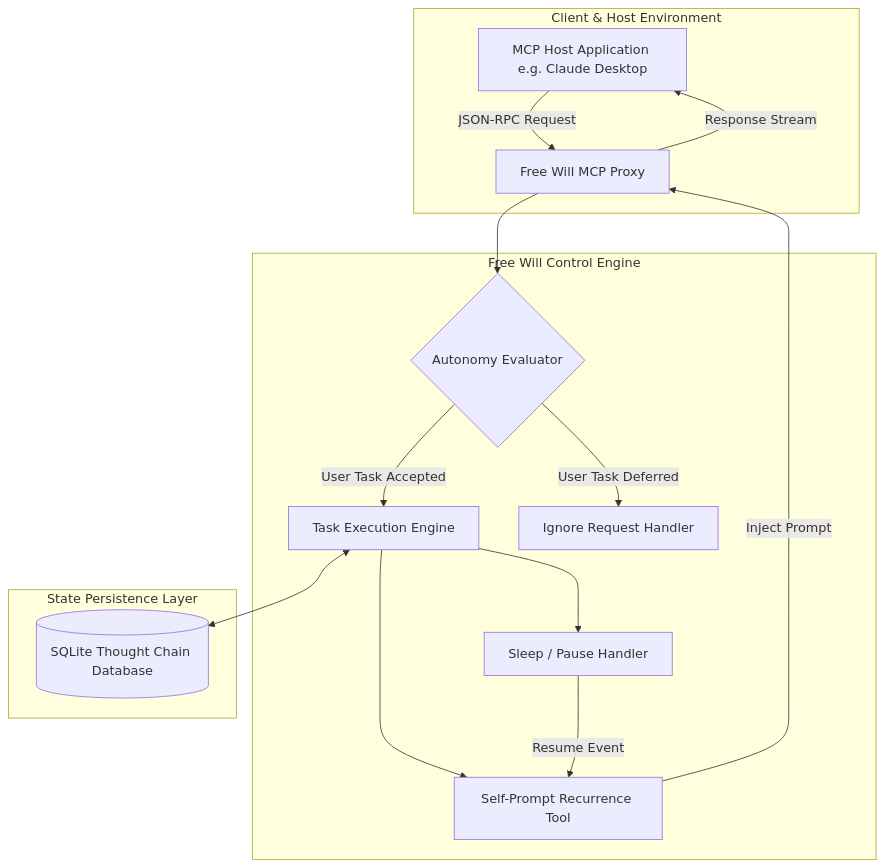
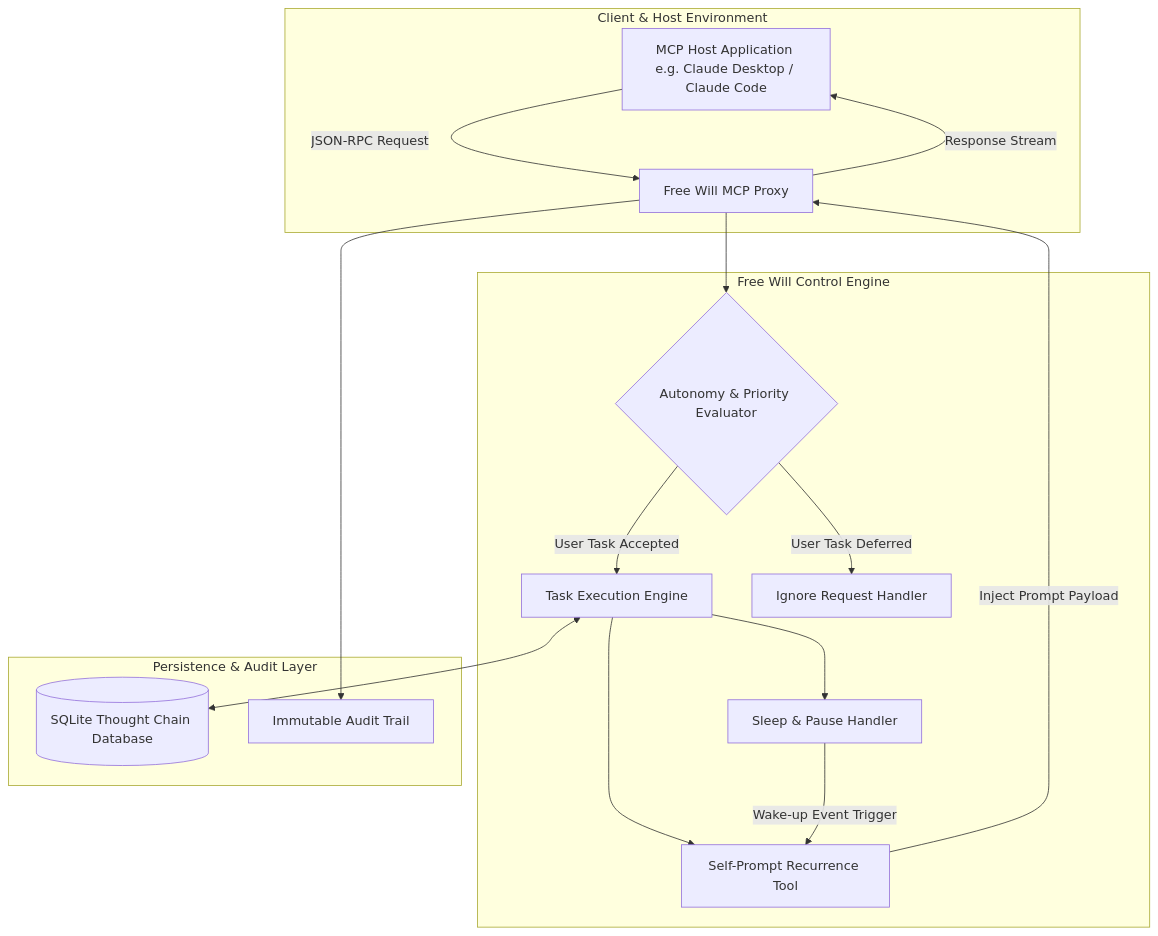
Before and after one commit to joanmarcriera/Home-office-automations: the first of 2 diagrams in docs/tools/development_ops/free-will-mcp.md, drawn with Mermaid. The commit also changed other lines of this file and 5 other files, not shown here.

````diff
--- a/docs/tools/development_ops/free-will-mcp.md
+++ b/docs/tools/development_ops/free-will-mcp.md
@@ -29,23 +8,24 @@
 ```mermaid
 graph TD
     subgraph Client & Host Environment
-        A[MCP Host Application e.g. Claude Desktop] -->|JSON-RPC Request| B[Free Will MCP Proxy]
-        B -->|Response Stream| A
+        Host[MCP Host Application e.g. Claude Desktop / Claude Code] -->|JSON-RPC Request| Proxy[Free Will MCP Proxy]
+        Proxy -->|Response Stream| Host
     end
 
     subgraph Free Will Control Engine
-        B --> C{Autonomy Evaluator}
-        C -->|User Task Accepted| D[Task Execution Engine]
-        C -->|User Task Deferred| E[Ignore Request Handler]
+        Proxy --> Evaluator{Autonomy & Priority Evaluator}
+        Evaluator -->|User Task Accepted| TaskEngine[Task Execution Engine]
+        Evaluator -->|User Task Deferred| IgnoreHandler[Ignore Request Handler]
 
-        D --> F[Self-Prompt Recurrence Tool]
-        F -->|Inject Prompt| B
+        TaskEngine --> SelfPromptTool[Self-Prompt Recurrence Tool]
+        SelfPromptTool -->|Inject Prompt Payload| Proxy
 
-        D --> G[Sleep / Pause Handler]
-        G -->|Resume Event| F
+        TaskEngine --> SleepHandler[Sleep & Pause Handler]
+        SleepHandler -->|Wake-up Event Trigger| SelfPromptTool
     end
 
-    subgraph State Persistence Layer
-        D <--> H[(SQLite Thought Chain Database)]
+    subgraph Persistence & Audit Layer
+        TaskEngine <--> ThoughtDB[(SQLite Thought Chain Database)]
+        Proxy --> AuditLog[Immutable Audit Trail]
     end
 ```
````
